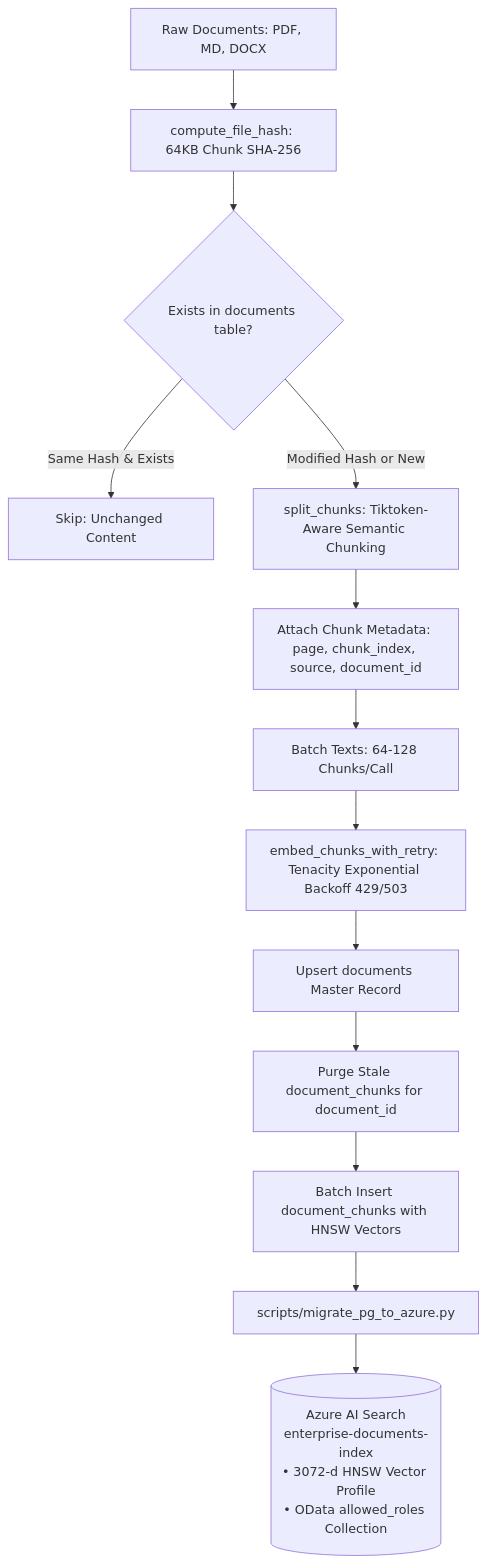
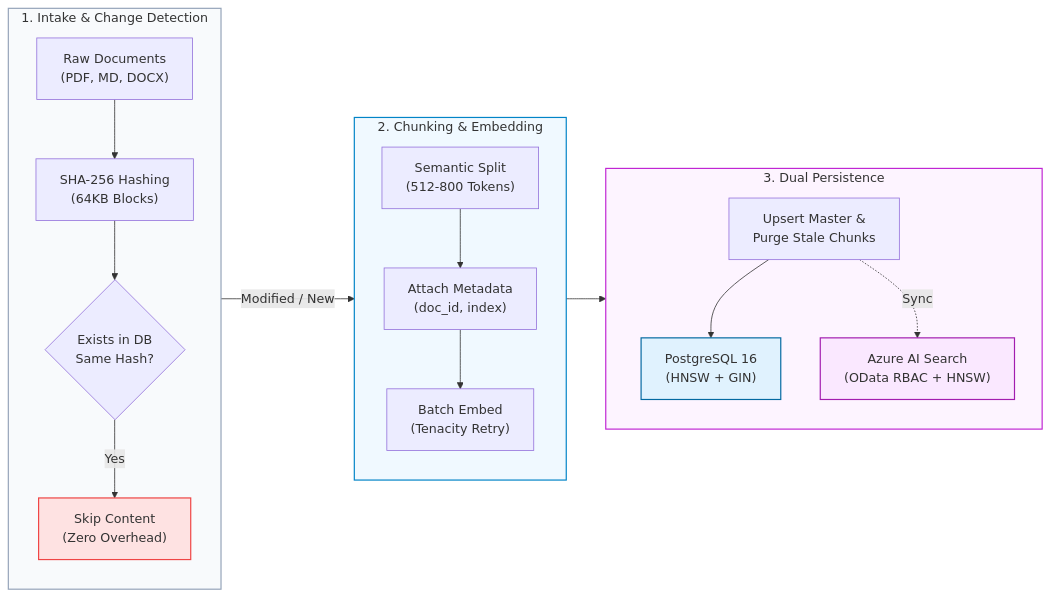
The fourth of 6 diagrams in README.md (Kenono2000/enterprise-rag-pgvector-rbac), drawn with Mermaid before and after one commit. The commit also changed other lines of this file and 21 other files, not shown here.

````diff
--- a/README.md
+++ b/README.md
@@ -347,16 +386,42 @@
 ```mermaid
-flowchart TD
-    Raw[Raw Documents: PDF, MD, DOCX] --> Hash[compute_file_hash: 64KB Chunk SHA-256]
-    Hash --> Check{Exists in documents table?}
-    Check -->|Same Hash & Exists| Skip[Skip: Unchanged Content]
-    Check -->|Modified Hash or New| Split[split_chunks: Tiktoken-Aware Semantic Chunking]
-    Split --> Meta[Attach Chunk Metadata: page, chunk_index, source, document_id]
-    Meta --> Batch[Batch Texts: 64-128 Chunks/Call]
-    Batch --> Embed[embed_chunks_with_retry: Tenacity Exponential Backoff 429/503]
-    Embed --> Master[Upsert documents Master Record]
-    Master --> Clean[Purge Stale document_chunks for document_id]
-    Clean --> Insert[Batch Insert document_chunks with HNSW Vectors]
+flowchart LR
+    subgraph Stage1 ["1. Intake & Change Detection"]
+        direction TB
+        Raw["Raw Documents<br/>(PDF, MD, DOCX)"]
+        Hash["SHA-256 Hashing<br/>(64KB Blocks)"]
+        Check{"Exists in DB<br/>Same Hash?"}
+        Skip["Skip Content<br/>(Zero Overhead)"]
+        
+        Raw --> Hash --> Check
+        Check -->|Yes| Skip
+    end
 
-    Insert --> Migrate[scripts/migrate_pg_to_azure.py]
-    Migrate --> AzureIndex[("Azure AI Search<br/>enterprise-documents-index<br/>• 3072-d HNSW Vector Profile<br/>• OData allowed_roles Collection")]
+    subgraph Stage2 ["2. Chunking & Embedding"]
+        direction TB
+        Split["Semantic Split<br/>(512-800 Tokens)"]
+        Meta["Attach Metadata<br/>(doc_id, index)"]
+        Embed["Batch Embed<br/>(Tenacity Retry)"]
+        
+        Split --> Meta --> Embed
+    end
+
+    subgraph Stage3 ["3. Dual Persistence"]
+        direction TB
+        Master["Upsert Master &<br/>Purge Stale Chunks"]
+        PG["PostgreSQL 16<br/>(HNSW + GIN)"]
+        Azure["Azure AI Search<br/>(OData RBAC + HNSW)"]
+        
+        Master --> PG
+        Master -.->|Sync| Azure
+    end
+
+    Check -->|Modified / New| Split
+    Embed --> Master
+
+    style Stage1 fill:#f8fafc,stroke:#94a3b8,stroke-width:1.5px
+    style Stage2 fill:#f0f9ff,stroke:#0284c7,stroke-width:1.5px
+    style Stage3 fill:#fdf4ff,stroke:#c026d3,stroke-width:1.5px
+    style Skip fill:#fee2e2,stroke:#ef4444,stroke-width:1.5px
+    style PG fill:#e0f2fe,stroke:#0369a1,stroke-width:1.5px
+    style Azure fill:#fae8ff,stroke:#a21caf,stroke-width:1.5px
 ```
````
